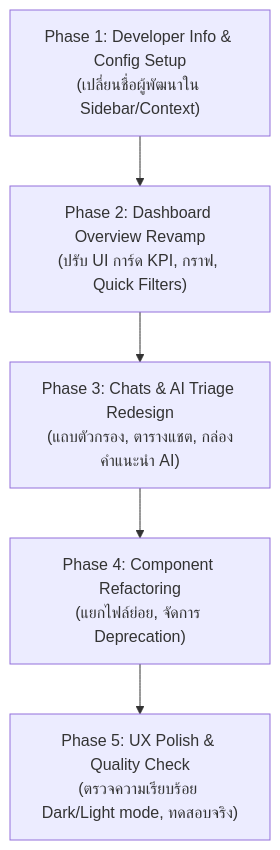
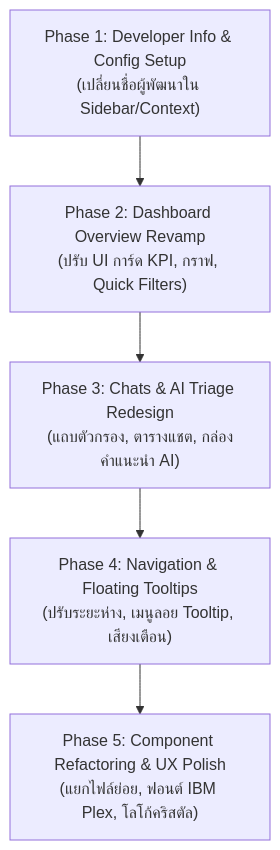
The diagram in Plan.md (friendiiztx2/ai-triage), drawn with Mermaid before and after one commit. The commit also changed other lines of this file and 3 other files, not shown here.

Commit message:
feat(sidebar): add modern floating tooltips for collapsed mode and update Plan.md

````diff
--- a/Plan.md
+++ b/Plan.md
@@ -93,7 +106,7 @@
 ```mermaid
 flowchart TD
     A["Phase 1: Developer Info & Config Setup<br>(เปลี่ยนชื่อผู้พัฒนาใน Sidebar/Context)"] --> B["Phase 2: Dashboard Overview Revamp<br>(ปรับ UI การ์ด KPI, กราฟ, Quick Filters)"]
     B --> C["Phase 3: Chats & AI Triage Redesign<br>(แถบตัวกรอง, ตารางแชต, กล่องคำแนะนำ AI)"]
-    C --> D["Phase 4: Component Refactoring<br>(แยกไฟล์ย่อย, จัดการ Deprecation)"]
-    D --> E["Phase 5: UX Polish & Quality Check<br>(ตรวจความเรียบร้อย Dark/Light mode, ทดสอบจริง)"]
+    C --> D["Phase 4: Navigation & Floating Tooltips<br>(ปรับระยะห่าง, เมนูลอย Tooltip, เสียงเตือน)"]
+    D --> E["Phase 5: Component Refactoring & UX Polish<br>(แยกไฟล์ย่อย, ฟอนต์ IBM Plex, โลโก้คริสตัล)"]
 ```
````
